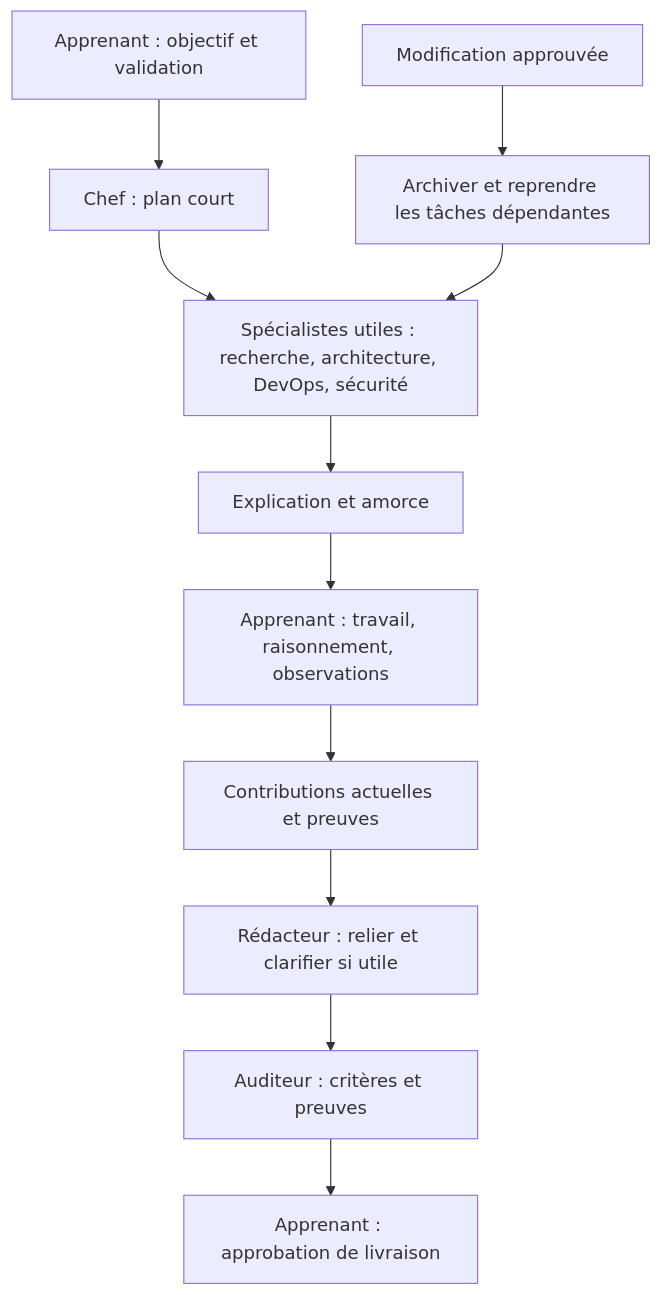
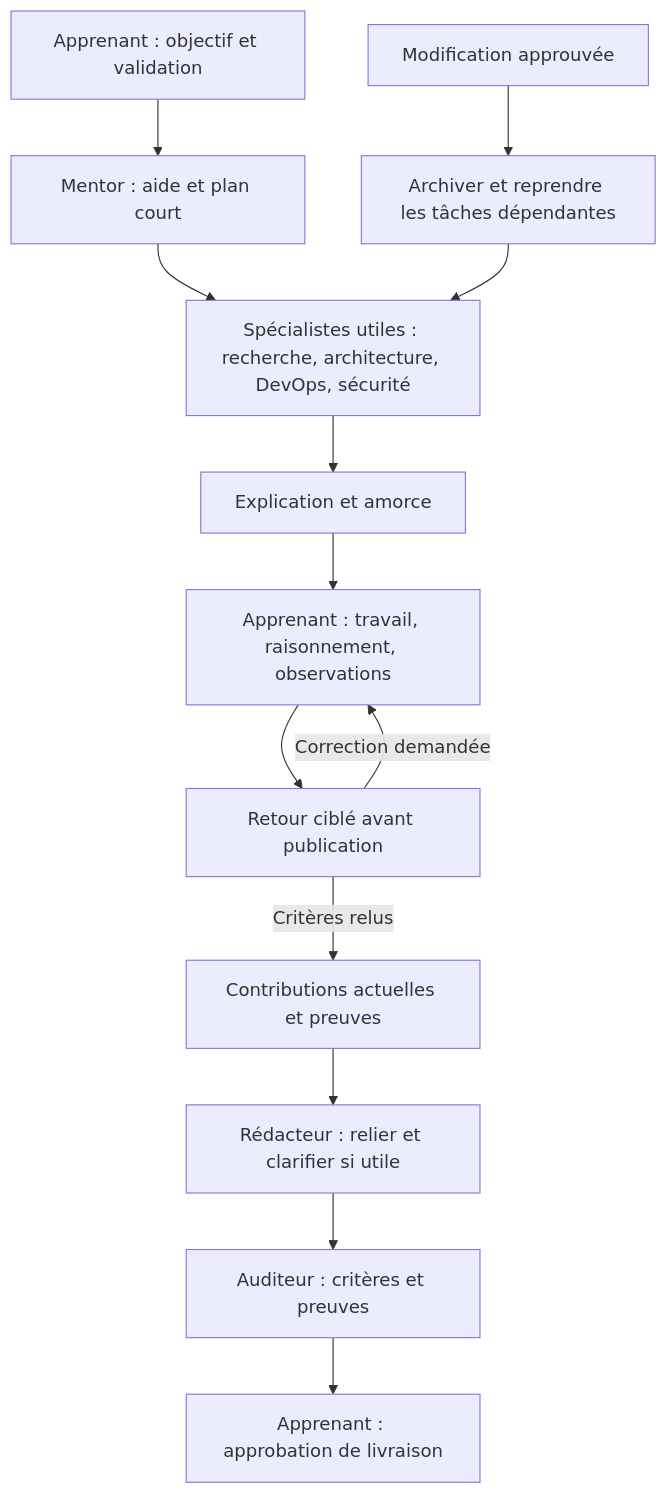
The diagram in docs/AGENT_TOOLS.md (mathiasseguincadiche/OPENCLAW_LOCAL_FEDORA), drawn with Mermaid before and after one commit. The commit also changed other lines of this file and 48 other files, not shown here.

First line of the commit message:
Adapter le mentor OPS et relire les brouillons avant publication (#23)

````diff
--- a/docs/AGENT_TOOLS.md
+++ b/docs/AGENT_TOOLS.md
@@ -15,13 +15,15 @@
 ```mermaid
 flowchart TD
-    U[Apprenant : objectif et validation] --> C[Chef : plan court]
+    U[Apprenant : objectif et validation] --> C[Mentor : aide et plan court]
     C --> S[Spécialistes utiles : recherche, architecture, DevOps, sécurité]
     S --> E[Explication et amorce]
     E --> P[Apprenant : travail, raisonnement, observations]
-    P --> D[Contributions actuelles et preuves]
+    P --> V[Retour ciblé avant publication]
+    V -->|Correction demandée| P
+    V -->|Critères relus| D[Contributions actuelles et preuves]
     D --> R[Rédacteur : relier et clarifier si utile]
     R --> A[Auditeur : critères et preuves]
     A --> F[Apprenant : approbation de livraison]
     M[Modification approuvée] --> I[Archiver et reprendre les tâches dépendantes]
     I --> S
 ```
````
